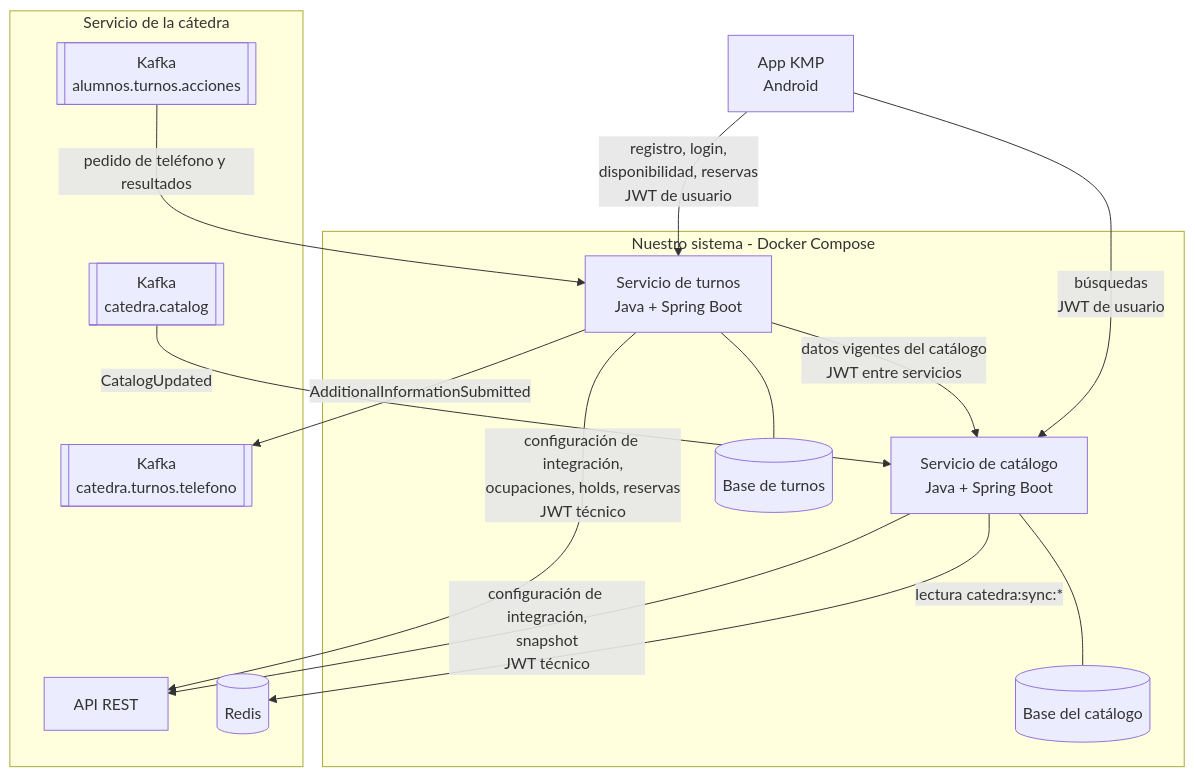
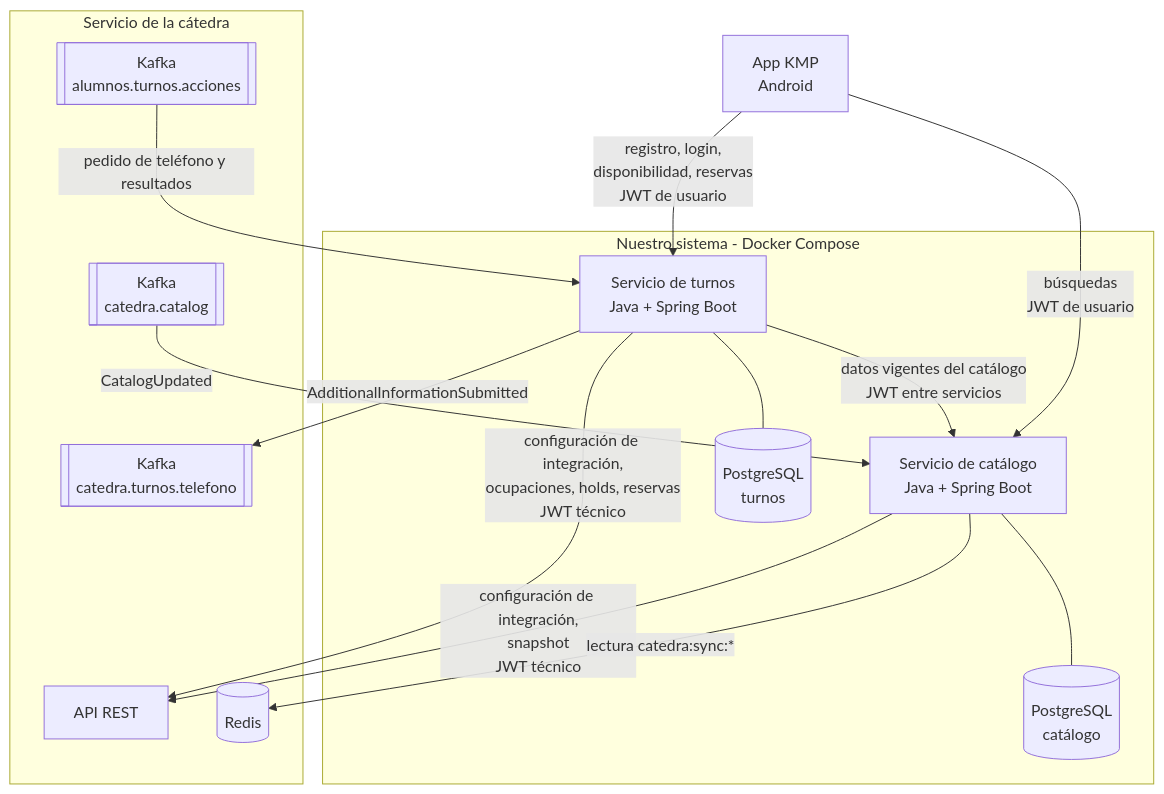
Before and after one commit to Martin-Salvatore-ProgII/docs: the second of 2 diagrams in arq/arquitectura.md, drawn with Mermaid. The commit also changed other lines of this file and 18 other files, not shown here.

````diff
--- a/arq/arquitectura.md
+++ b/arq/arquitectura.md
@@ -34,34 +34,34 @@
 ```mermaid
 flowchart TB
     APP[App KMP<br/>Android]
 
     subgraph NUESTRO[Nuestro sistema - Docker Compose]
         CS[Servicio de catálogo<br/>Java + Spring Boot]
-        CDB[(Base del catálogo)]
+        CDB[(PostgreSQL<br/>catálogo)]
         TS[Servicio de turnos<br/>Java + Spring Boot]
-        TDB[(Base de turnos)]
+        TDB[(PostgreSQL<br/>turnos)]
     end
 
     subgraph CAT[Servicio de la cátedra]
         API[API REST]
         RED[(Redis)]
         KC[[Kafka<br/>catedra.catalog]]
         KA[[Kafka<br/>alumnos.turnos.acciones]]
         KT[[Kafka<br/>catedra.turnos.telefono]]
     end
 
     APP -->|búsquedas<br/>JWT de usuario| CS
     APP -->|registro, login,<br/>disponibilidad, reservas<br/>JWT de usuario| TS
     TS -->|datos vigentes del catálogo<br/>JWT entre servicios| CS
 
     CS --- CDB
     TS --- TDB
 
     CS -->|configuración de integración,<br/>snapshot<br/>JWT técnico| API
     CS -->|lectura catedra:sync:*| RED
     KC -->|CatalogUpdated| CS
 
     TS -->|configuración de integración,<br/>ocupaciones, holds, reservas<br/>JWT técnico| API
     KA -->|pedido de teléfono y resultados| TS
     TS -->|AdditionalInformationSubmitted| KT
 ```
````
